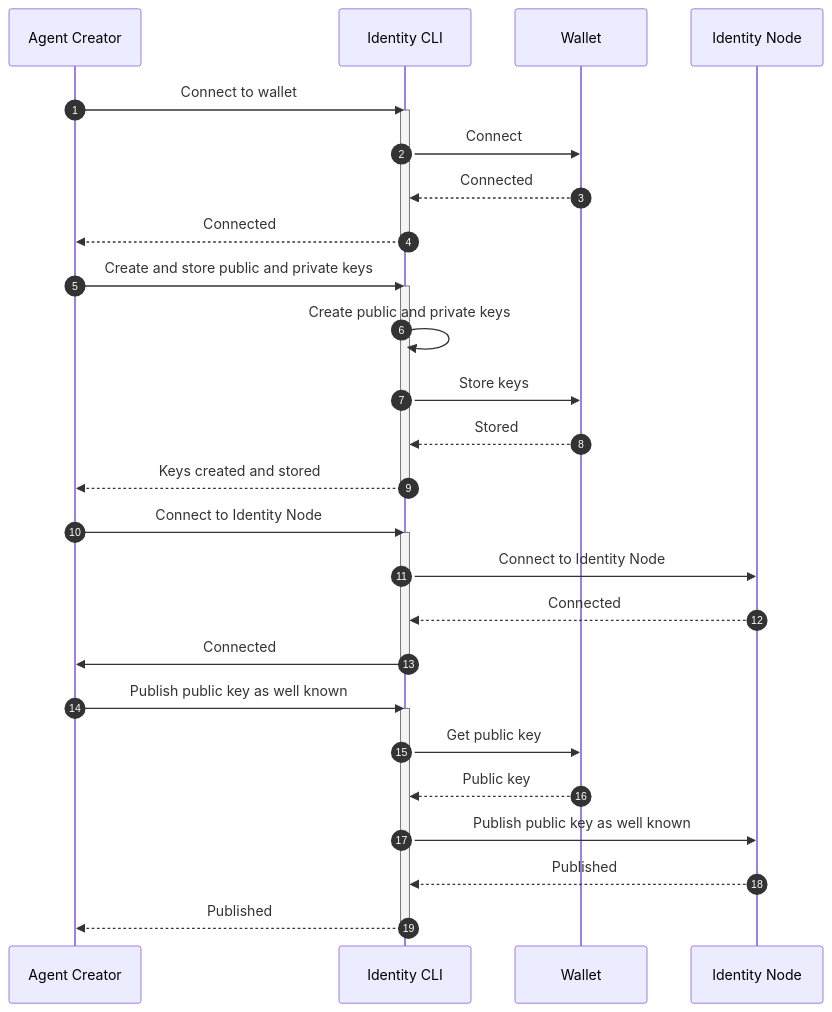
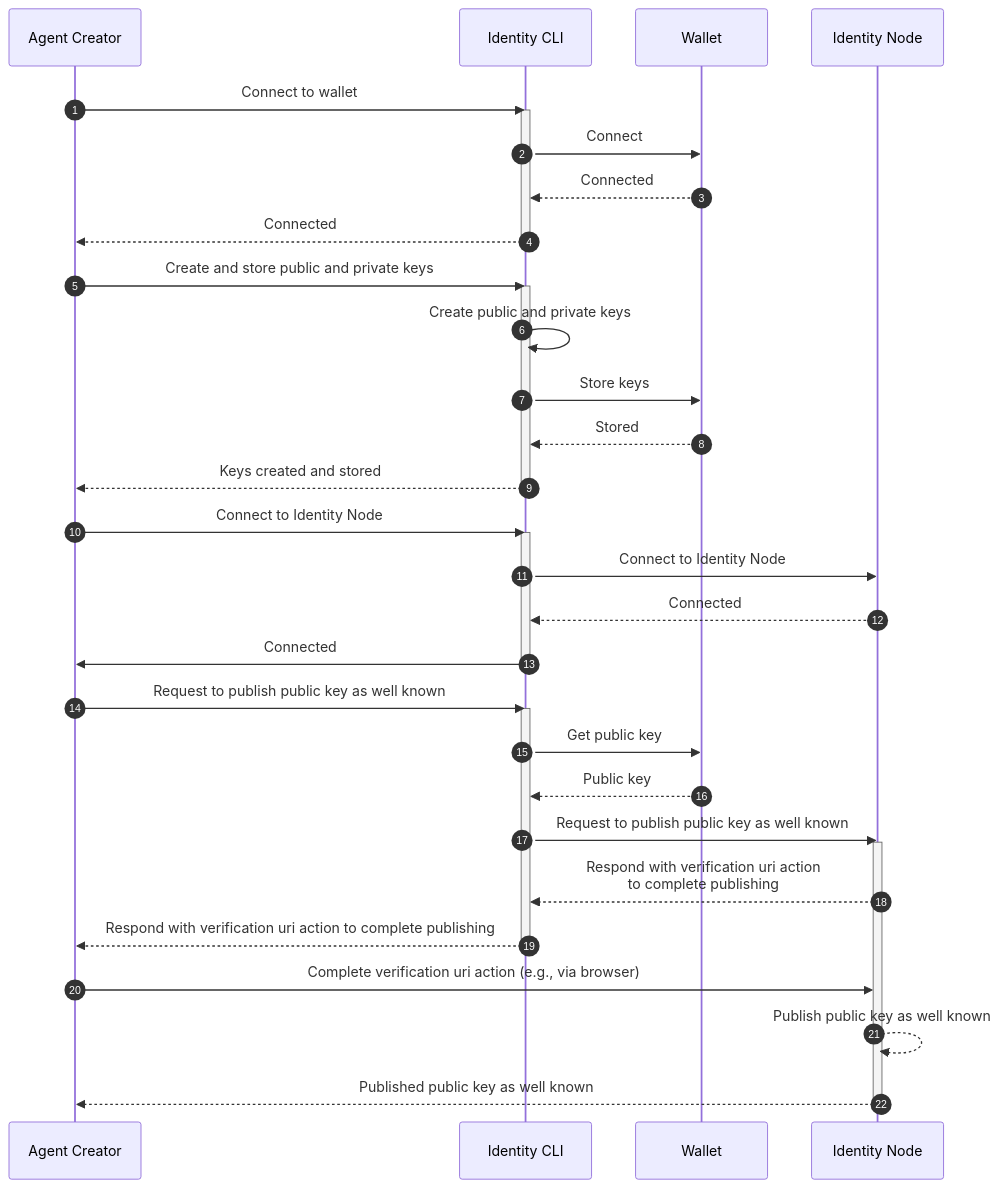
One commit to agntcy/identity-spec changed the diagram in docs-src/docs/specs/flows/identity.md. Above: the diagram before and after it, drawn with Mermaid.

Commit message:
fix: add verification step

````diff
--- a/docs-src/docs/specs/flows/identity.md
+++ b/docs-src/docs/specs/flows/identity.md
@@ -11,39 +11,44 @@
 ```mermaid
 sequenceDiagram
 autonumber
 
 % Connect to wallet
 Agent Creator->>Identity CLI: Connect to wallet
 activate Identity CLI
 Identity CLI->>Wallet: Connect
 Wallet-->>Identity CLI: Connected
 Identity CLI-->>Agent Creator: Connected
 deactivate Identity CLI
 
 % Create public and private keys
 Agent Creator->>Identity CLI: Create and store public and private keys
 activate Identity CLI
 Identity CLI->>Identity CLI: Create public and private keys
 Identity CLI->>Wallet: Store keys
 Wallet-->>Identity CLI: Stored
 Identity CLI-->>Agent Creator: Keys created and stored
 deactivate Identity CLI
 
 % Connect to Identity Node
 Agent Creator->>Identity CLI: Connect to Identity Node
 activate Identity CLI
 Identity CLI->>Identity Node: Connect to Identity Node
 Identity Node-->>Identity CLI: Connected
 Identity CLI->>Agent Creator: Connected
 deactivate Identity CLI
 
 % Publish public key as well known
-Agent Creator->>Identity CLI: Publish public key as well known
+Agent Creator->>Identity CLI: Request to publish public key as well known
 activate Identity CLI
 Identity CLI->>Wallet: Get public key
 Wallet-->>Identity CLI: Public key
-Identity CLI->>Identity Node: Publish public key as well known
-Identity Node-->>Identity CLI: Published
-Identity CLI-->>Agent Creator: Published
+Identity CLI->>Identity Node: Request to publish public key as well known
+activate Identity Node
+Identity Node-->>Identity CLI: Respond with verification uri action<br/>to complete publishing
+Identity CLI-->>Agent Creator: Respond with verification uri action to complete publishing
 deactivate Identity CLI
+Agent Creator->>Identity Node: Complete verification uri action (e.g., via browser)
+Identity Node-->>Identity Node: Publish public key as well known
+Identity Node-->>Agent Creator: Published public key as well known
+deactivate Identity Node
 ```
````
